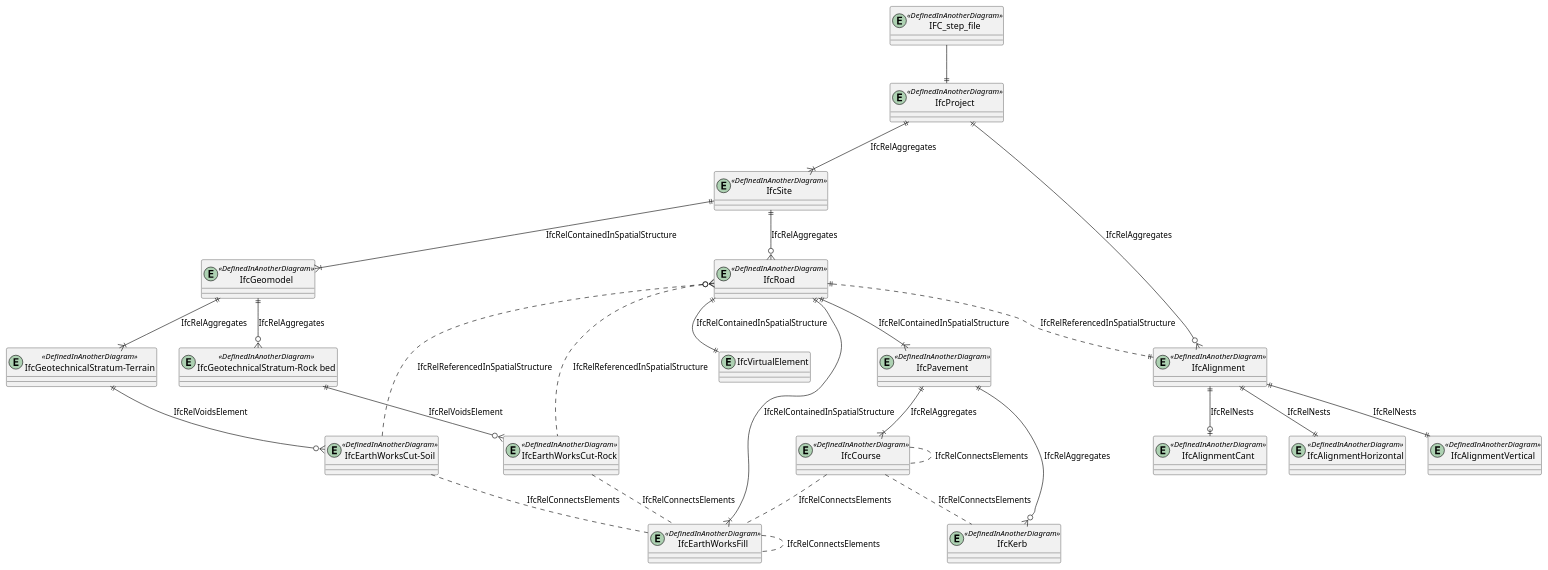
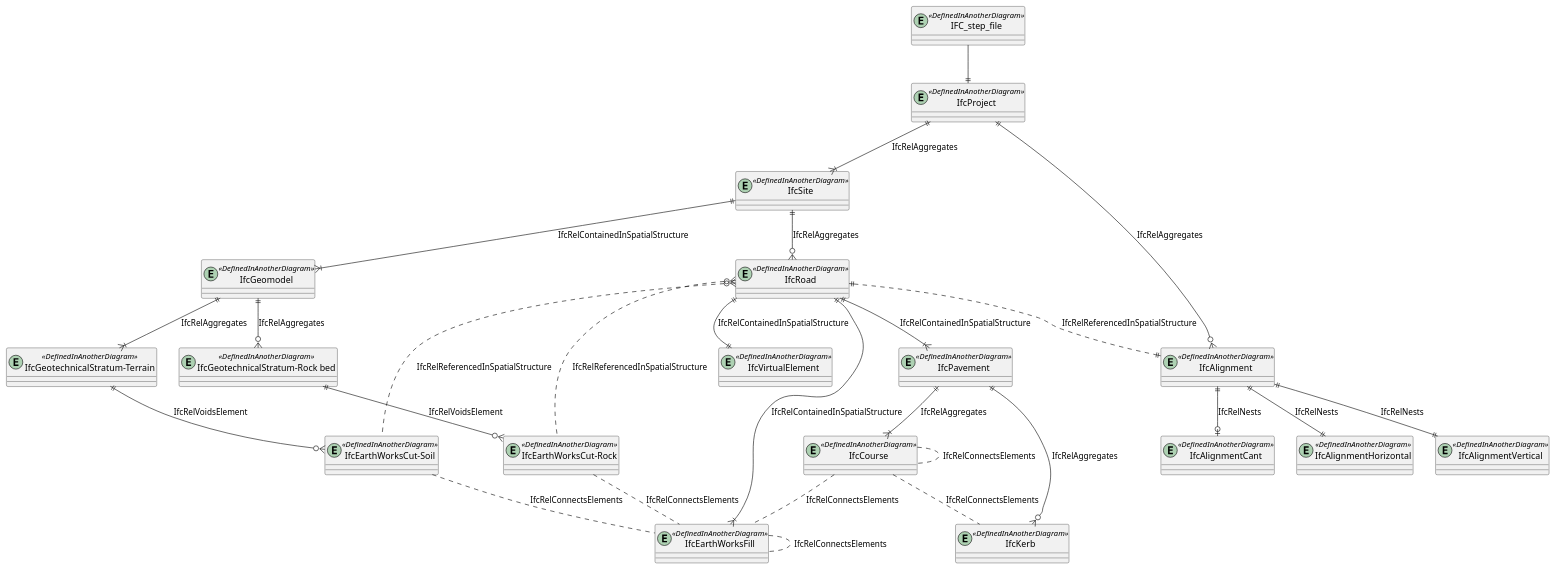
Before and after one commit to buildingSMART-Finland/RYTV-IFCRoute: the diagram in diagrams/bsf-ifc-hierarkia.pu, drawn with PlantUML. The commit also changed 19 other files, not shown here.

```diff
--- a/diagrams/bsf-ifc-hierarkia.pu
+++ b/diagrams/bsf-ifc-hierarkia.pu
@@ -1,73 +1,73 @@
 @startuml 
 
 entity IFC_step_file <<DefinedInAnotherDiagram>>
 
 entity IfcProject <<DefinedInAnotherDiagram>>
 IFC_step_file--||IfcProject
 
 entity IfcSite <<DefinedInAnotherDiagram>>
 IfcProject||--|{IfcSite : IfcRelAggregates
 
 
 entity IfcRoad <<DefinedInAnotherDiagram>> 
 IfcSite||--o{IfcRoad : IfcRelAggregates
 
 
-entity IfcVirtualElement
+entity IfcVirtualElement <<DefinedInAnotherDiagram>>
 IfcRoad||--||IfcVirtualElement : IfcRelContainedInSpatialStructure
 
 entity IfcGeomodel <<DefinedInAnotherDiagram>>
 
 IfcSite||--|{IfcGeomodel : IfcRelContainedInSpatialStructure
 
 entity "IfcGeotechnicalStratum-Terrain" <<DefinedInAnotherDiagram>>
 IfcGeomodel||--|{"IfcGeotechnicalStratum-Terrain":IfcRelAggregates
 entity "IfcGeotechnicalStratum-Rock bed" <<DefinedInAnotherDiagram>>
 IfcGeomodel||--o{"IfcGeotechnicalStratum-Rock bed":IfcRelAggregates
 
 
 entity IfcPavement <<DefinedInAnotherDiagram>>
 IfcRoad||--|{IfcPavement : IfcRelContainedInSpatialStructure
 
 entity "IfcEarthWorksCut-Rock" <<DefinedInAnotherDiagram>>
 IfcRoad}o.."IfcEarthWorksCut-Rock": IfcRelReferencedInSpatialStructure
 entity "IfcEarthWorksCut-Soil" <<DefinedInAnotherDiagram>>
 IfcRoad}o.."IfcEarthWorksCut-Soil": IfcRelReferencedInSpatialStructure
 
 
 "IfcGeotechnicalStratum-Rock bed"||--o{"IfcEarthWorksCut-Rock" : IfcRelVoidsElement
 "IfcGeotechnicalStratum-Terrain"||--o{"IfcEarthWorksCut-Soil" : IfcRelVoidsElement
 
 entity IfcEarthWorksFill <<DefinedInAnotherDiagram>>
 IfcRoad||--|{IfcEarthWorksFill : IfcRelContainedInSpatialStructure
 
 IfcEarthWorksFill..IfcEarthWorksFill:IfcRelConnectsElements
 
 "IfcEarthWorksCut-Rock"..IfcEarthWorksFill :IfcRelConnectsElements 
 "IfcEarthWorksCut-Soil"..IfcEarthWorksFill :IfcRelConnectsElements 
 
 entity IfcCourse <<DefinedInAnotherDiagram>>
 IfcPavement||--|{IfcCourse :IfcRelAggregates
 
 IfcCourse..IfcCourse:IfcRelConnectsElements
 IfcCourse..IfcEarthWorksFill:IfcRelConnectsElements
 
 entity IfcKerb <<DefinedInAnotherDiagram>>
 IfcPavement||--o{IfcKerb :IfcRelAggregates
 IfcCourse..IfcKerb:IfcRelConnectsElements
 
 
 entity IfcAlignment <<DefinedInAnotherDiagram>>
 IfcProject||--o{IfcAlignment : IfcRelAggregates
 entity IfcAlignmentHorizontal <<DefinedInAnotherDiagram>>
 IfcAlignment||--||IfcAlignmentHorizontal : IfcRelNests
 entity IfcAlignmentVertical <<DefinedInAnotherDiagram>>
 IfcAlignment||--||IfcAlignmentVertical : IfcRelNests
 entity IfcAlignmentCant <<DefinedInAnotherDiagram>>
 IfcAlignment||--o|IfcAlignmentCant : IfcRelNests
 
 IfcRoad||..||IfcAlignment : IfcRelReferencedInSpatialStructure
 
 
 
 @enduml
```
